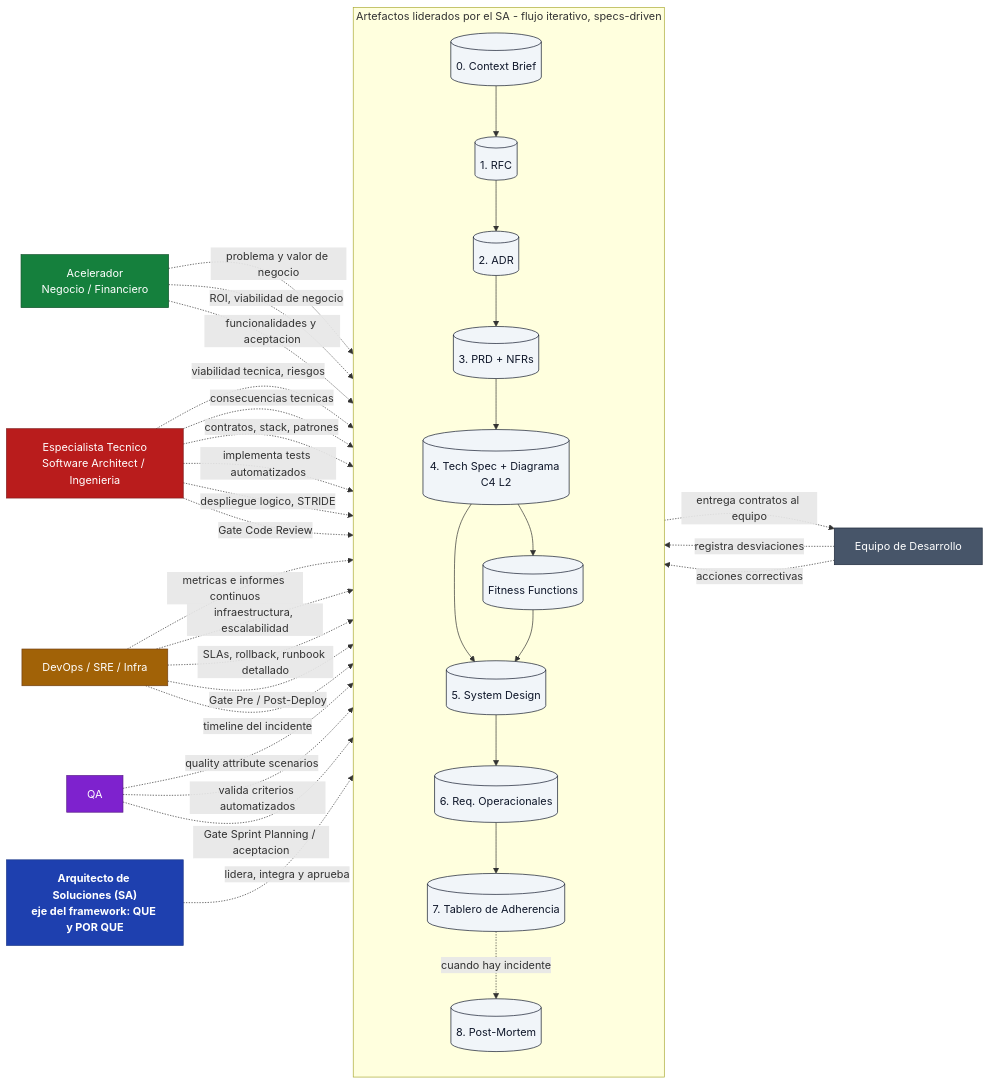
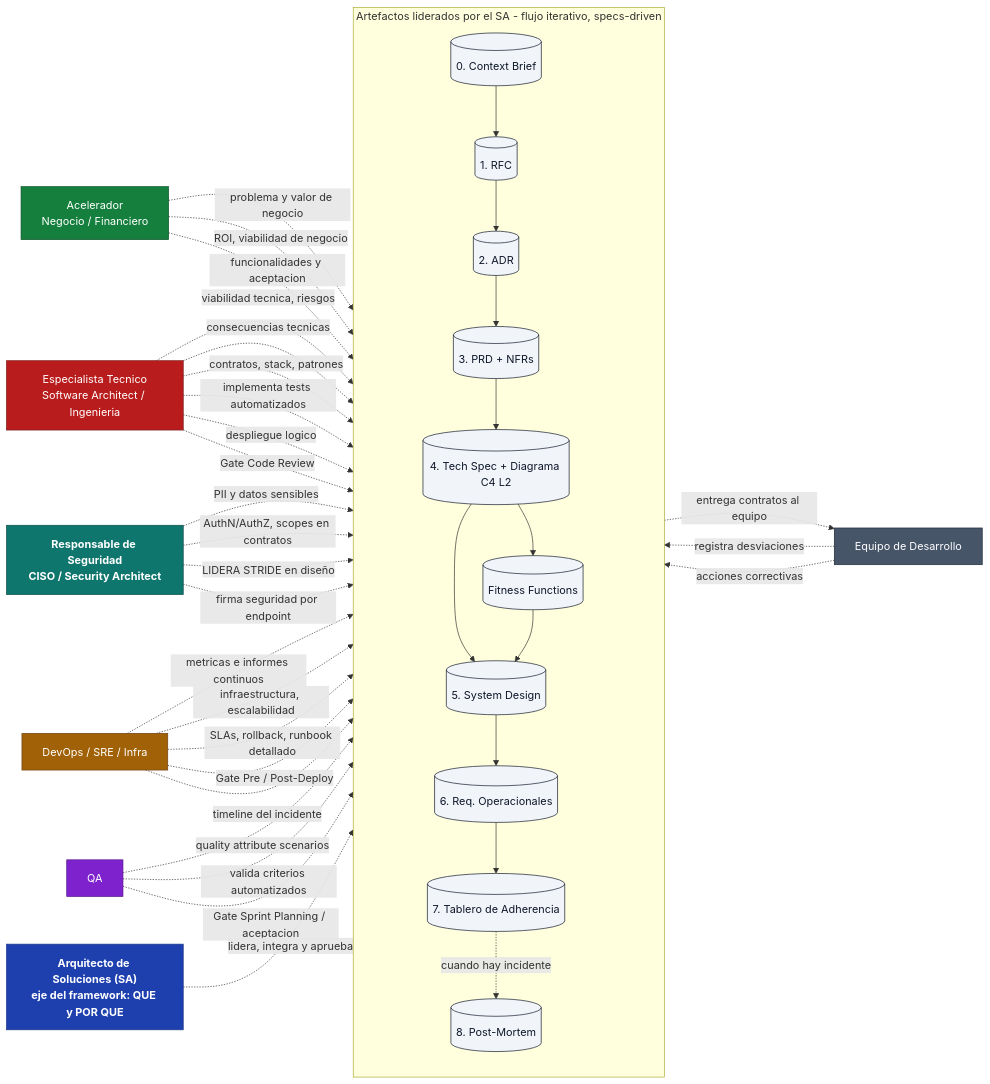
Before and after one commit to MAKERS-SAS-ORG/arquitectureflow: the diagram in README.md, drawn with Mermaid. The commit also changed other lines of this file and 11 other files, not shown here.

First line of the commit message:
feat(framework): API Design (OpenAPI 3.1 + GraphQL) y rol Responsable de Seguridad para STRIDE

````diff
--- a/README.md
+++ b/README.md
@@ -38,70 +39,76 @@
 ```mermaid
 flowchart LR
  subgraph FLOW["Artefactos liderados por el SA - flujo iterativo, specs-driven"]
     direction TB
         CB[("0. Context Brief")]
         RFC[("1. RFC")]
         ADR[("2. ADR")]
         PRD[("3. PRD + NFRs")]
         TS[("4. Tech Spec + Diagrama C4 L2")]
         FF[("Fitness Functions")]
         SD[("5. System Design")]
         RO[("6. Req. Operacionales")]
         TAA[("7. Tablero de Adherencia")]
         PM[("8. Post-Mortem")]
   end
     SA["Arquitecto de Soluciones (SA)<br>eje del framework: QUE y POR QUE"] -. lidera, integra y aprueba .-> FLOW
     CB --> RFC
     RFC --> ADR
     ADR --> PRD
     PRD --> TS
     TS --> SD & FF
     SD --> RO
     RO --> TAA
     FF --> SD
     TAA -. cuando hay incidente .-> PM
     TS -. entrega contratos al equipo .-> DEV["Equipo de Desarrollo"]
     AC["Acelerador<br>Negocio / Financiero"] -. problema y valor de negocio .-> CB
     AC -. ROI, viabilidad de negocio .-> RFC
     AC -. funcionalidades y aceptacion .-> PRD
     ET["Especialista Tecnico<br>Software Architect / Ingenieria"] -. viabilidad tecnica, riesgos .-> RFC
     ET -. consecuencias tecnicas .-> ADR
     ET -. contratos, stack, patrones .-> TS
     ET -. implementa tests automatizados .-> FF
-    ET -. despliegue logico, STRIDE .-> SD
+    ET -. despliegue logico .-> SD
     ET -. Gate Code Review .-> TAA
+    SEC["Responsable de Seguridad<br>CISO / Security Architect"] -. PII y datos sensibles .-> PRD
+    SEC -. AuthN/AuthZ, scopes en contratos .-> TS
+    SEC -. "LIDERA STRIDE en diseño" .-> SD
+    SEC -. firma seguridad por endpoint .-> TAA
     OPS["DevOps / SRE / Infra"] -. metricas e informes continuos .-> FF
     OPS -. infraestructura, escalabilidad .-> SD
     OPS -. SLAs, rollback, runbook detallado .-> RO
     OPS -. "Gate Pre / Post-Deploy" .-> TAA
     OPS -. timeline del incidente .-> PM
     QA["QA"] -. quality attribute scenarios .-> PRD
     QA -. valida criterios automatizados .-> FF
     QA -. Gate Sprint Planning / aceptacion .-> TAA
     DEV -. registra desviaciones .-> TAA
     DEV -. acciones correctivas .-> PM
 
      SA:::sa
      AC:::ac
      ET:::et
+     SEC:::sec
      OPS:::ops
      QA:::qa
      DEV:::dev
      CB:::artifact
      RFC:::artifact
      ADR:::artifact
      PRD:::artifact
      TS:::artifact
      FF:::artifact
      SD:::artifact
      RO:::artifact
      TAA:::artifact
      PM:::artifact
     classDef sa fill:#1e40af,stroke:#1e3a8a,color:#fff,font-weight:bold
     classDef ac fill:#15803d,stroke:#14532d,color:#fff
     classDef et fill:#b91c1c,stroke:#7f1d1d,color:#fff
+    classDef sec fill:#0f766e,stroke:#134e4a,color:#fff,font-weight:bold
     classDef ops fill:#a16207,stroke:#713f12,color:#fff
     classDef qa fill:#7e22ce,stroke:#581c87,color:#fff
     classDef dev fill:#475569,stroke:#1e293b,color:#fff
     classDef artifact fill:#f1f5f9,stroke:#0f172a,color:#0f172a
 ```
````
